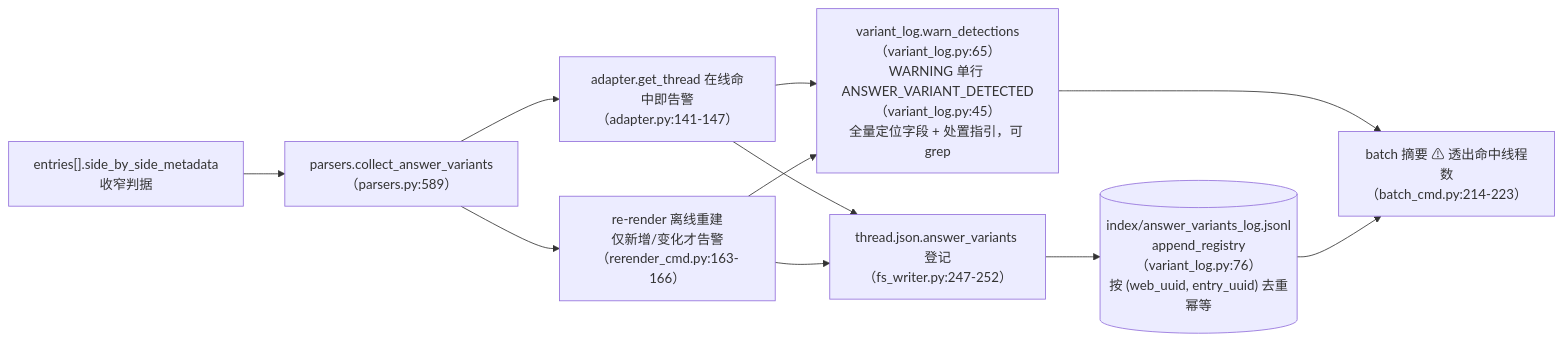
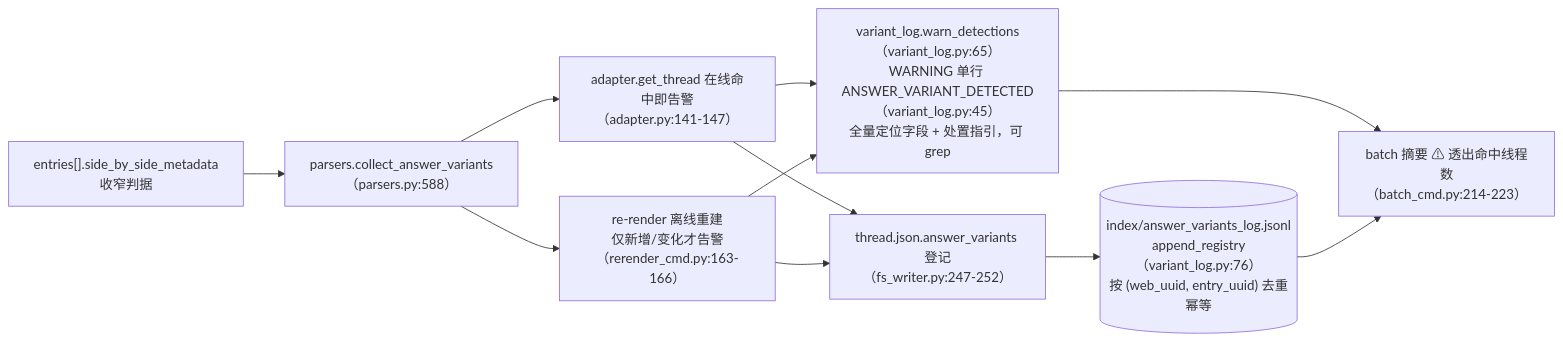
One commit to Yiksing/pplx-tools changed the fourth of 4 diagrams in docs/architecture/offline-operations.zh-CN.md. Above: the diagram before and after it, drawn with Mermaid. The commit also changed other lines of this file and 54 other files, not shown here.

````diff
--- a/docs/architecture/offline-operations.zh-CN.md
+++ b/docs/architecture/offline-operations.zh-CN.md
@@ -133,13 +133,13 @@
 ```mermaid
 flowchart LR
-    E["entries[].side_by_side_metadata<br/>收窄判据"] --> CAV["parsers.collect_answer_variants<br/>（parsers.py:589）"]
+    E["entries[].side_by_side_metadata<br/>收窄判据"] --> CAV["parsers.collect_answer_variants<br/>（parsers.py:588）"]
     CAV --> AD["adapter.get_thread 在线命中即告警<br/>（adapter.py:141-147）"]
     CAV --> RR["re-render 离线重建<br/>仅新增/变化才告警（rerender_cmd.py:163-166）"]
     AD --> LOG["variant_log.warn_detections（variant_log.py:65）<br/>WARNING 单行 ANSWER_VARIANT_DETECTED（variant_log.py:45）<br/>全量定位字段 + 处置指引，可 grep"]
     RR --> LOG
     AD --> TJ["thread.json.answer_variants 登记<br/>（fs_writer.py:247-252）"]
     RR --> TJ
     TJ --> JSONL[("index/answer_variants_log.jsonl<br/>append_registry（variant_log.py:76）<br/>按 (web_uuid, entry_uuid) 去重幂等")]
     LOG --> B["batch 摘要 ⚠ 透出命中线程数<br/>（batch_cmd.py:214-223）"]
     JSONL --> B
 ```
````
